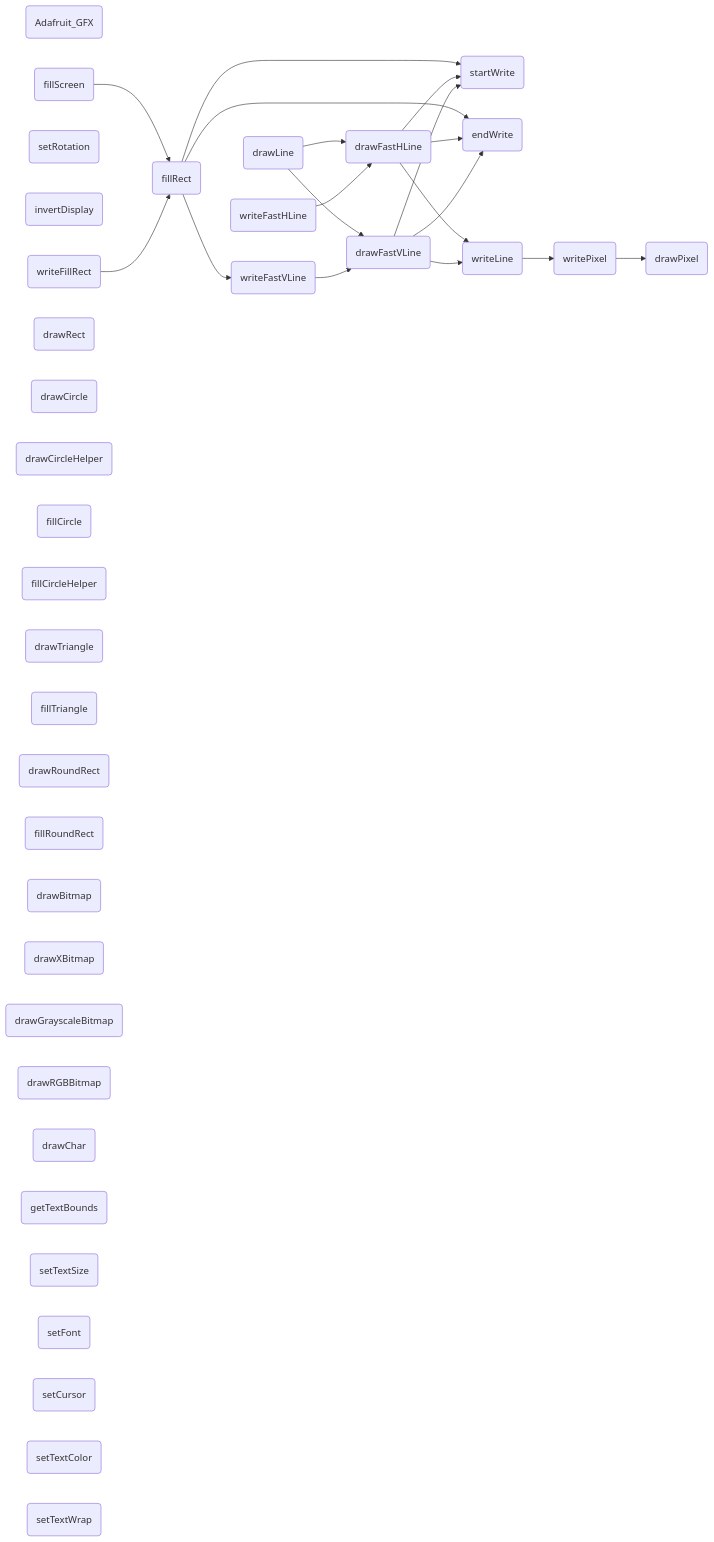
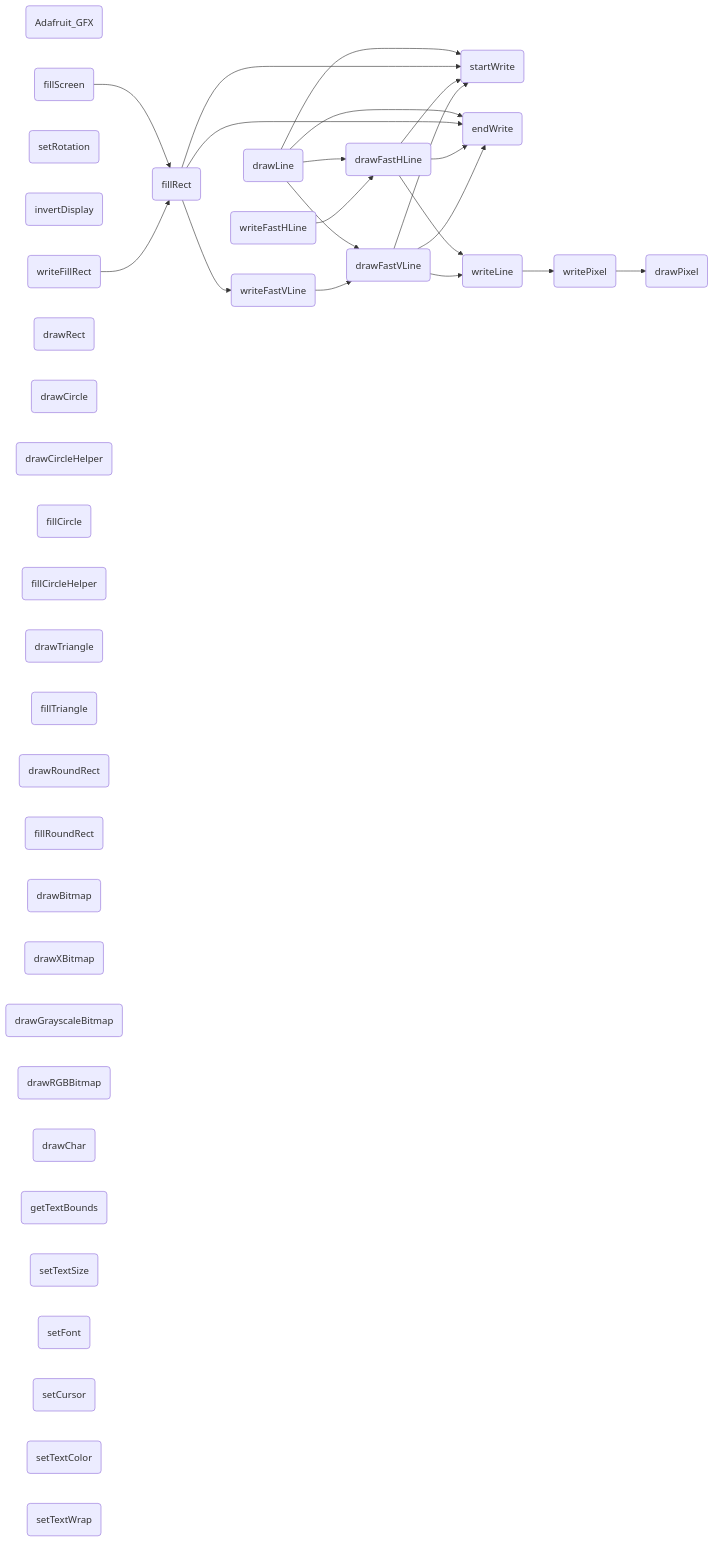
The diagram in all/未命名.md (icodezhanglei/iodraw-files), drawn with Mermaid before and after one commit.

Commit message:
2024-09-13 18:28:39 update

````diff
--- a/all/未命名.md
+++ b/all/未命名.md
@@ -1,52 +1,52 @@
 ```mermaid
 flowchart LR
 Adafruit_GF(Adafruit_GFX)
 drawPixel(drawPixel)
 startWrite(startWrite)
 endWrite(endWrite)
 writePixel(writePixel)
 writeFillRect(writeFillRect)
 writeFastVLine(writeFastVLine)
 writeFastHLine(writeFastHLine)
 writeLine(writeLine)
 setRotation(setRotation)
 invertDisplay(invertDisplay)
 drawFastVLine(drawFastVLine)
 drawFastHLine(drawFastHLine)
 fillRect(fillRect)
 fillScreen(fillScreen)
 drawLine(drawLine)
 drawRect(drawRect)
 drawCircle(drawCircle)
 drawCircleHelper(drawCircleHelper)
 fillCircle(fillCircle)
 fillCircleHelper(fillCircleHelper)
 drawTriangle(drawTriangle)
 fillTriangle(fillTriangle)
 drawRoundRect(drawRoundRect)
 fillRoundRect(fillRoundRect)
 drawBitmap(drawBitmap)
 drawXBitmap(drawXBitmap)
 drawGrayscaleBitmap(drawGrayscaleBitmap)
 drawRGBBitmap(drawRGBBitmap)
 drawChar(drawChar)
 getTextBounds(getTextBounds)
 setTextSize(setTextSize)
 setFont(setFont)
 setCursor(setCursor)
 setTextColor(setTextColor)
 setTextWrap(setTextWrap)
 
 writeLine --> writePixel --> drawPixel
 
 writeFastVLine --> drawFastVLine --> startWrite & endWrite
 drawFastVLine --> writeLine
 
 writeFastHLine --> drawFastHLine --> startWrite & endWrite
 drawFastHLine --> writeLine
 
 writeFillRect --> fillRect --> writeFastVLine & startWrite & endWrite
 
 fillScreen --> fillRect
-drawLine --> drawFastVLine & drawFastHLine 
+drawLine --> drawFastVLine & drawFastHLine & startWrite & endWrite 
 ```
````
